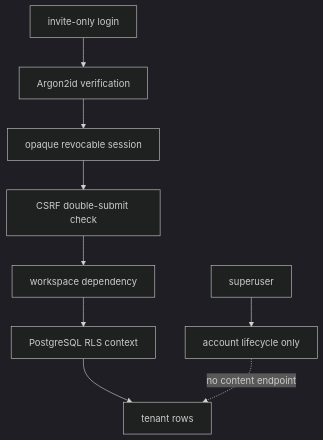
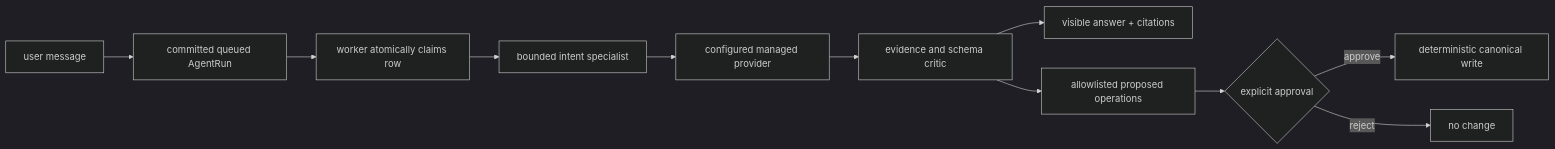
Before and after one commit to fsantibanezleal/CAOS_CareerTwin: the fifth of 6 diagrams in docs/architecture/README.md, drawn with Mermaid (dark theme). The commit also changed other lines of this file and 137 other files, not shown here.

````diff
--- a/docs/architecture/README.md
+++ b/docs/architecture/README.md
@@ -57,11 +82,13 @@
 ```mermaid
-flowchart TB
-  L[invite-only login] --> A[Argon2id verification]
-  A --> S[opaque revocable session]
-  S --> C[CSRF double-submit check]
-  C --> T[workspace dependency]
-  T --> R[PostgreSQL RLS context]
-  R --> D[tenant rows]
-  M[superuser] --> U[account lifecycle only]
-  U -. no content endpoint .-> D
+flowchart LR
+  U[user message] --> Row[committed queued AgentRun]
+  Row --> Claim[worker atomically claims row]
+  Claim --> Route[bounded intent specialist]
+  Route --> API[configured managed provider]
+  API --> Critic[evidence and schema critic]
+  Critic --> Visible[visible answer + citations]
+  Critic --> Proposal[allowlisted proposed operations]
+  Proposal --> H{explicit approval}
+  H -->|approve| Commit[deterministic canonical write]
+  H -->|reject| No[no change]
 ```
````
